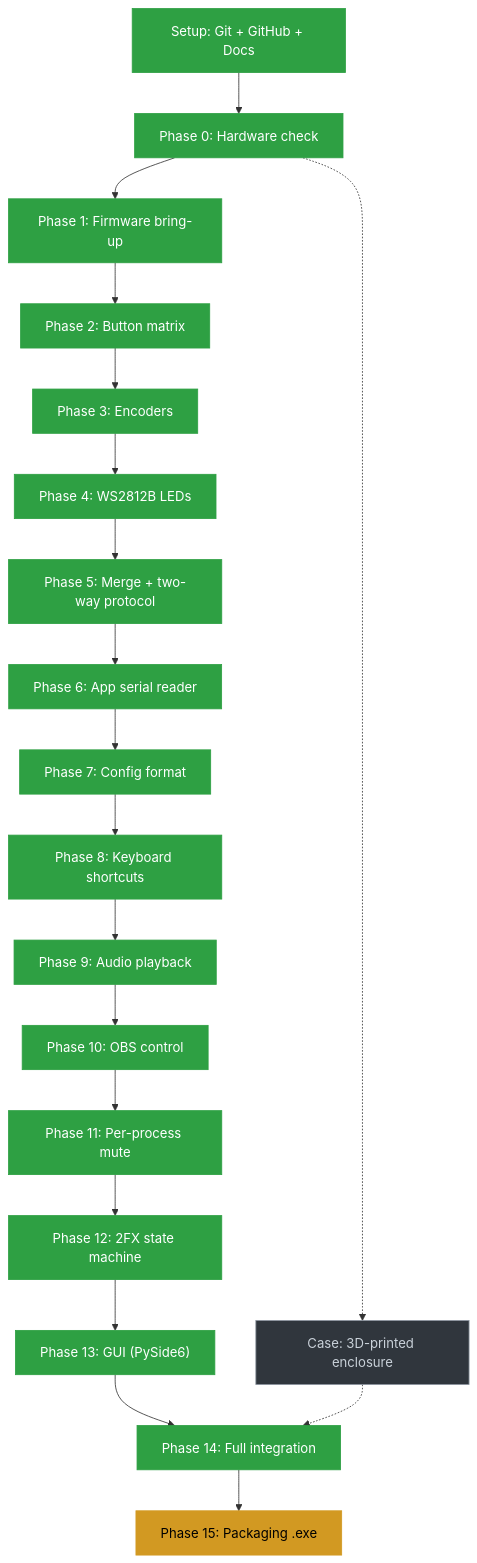
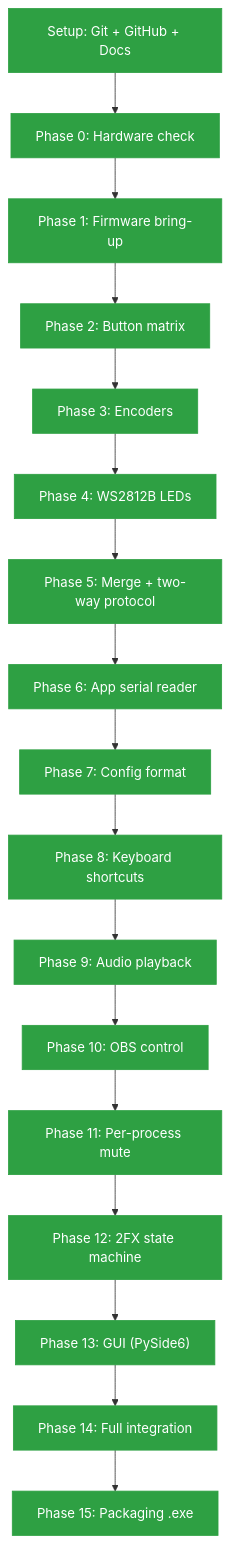
One commit to NeoCraftStudio/stream-deck-macro changed the diagram in README.md. Above: the diagram before and after it, drawn with Mermaid. The commit also changed other lines of this file and 2 other files, not shown here.

First line of the commit message:
Point to the marketplace for the case instead of shipping it

````diff
--- a/README.md
+++ b/README.md
@@ -20,25 +31,21 @@
 ```mermaid
 flowchart TD
     S["Setup: Git + GitHub + Docs"]:::done --> P0["Phase 0: Hardware check"]:::done
     P0 --> P1["Phase 1: Firmware bring-up"]:::done
     P1 --> P2["Phase 2: Button matrix"]:::done
     P2 --> P3["Phase 3: Encoders"]:::done
     P3 --> P4["Phase 4: WS2812B LEDs"]:::done
     P4 --> P5["Phase 5: Merge + two-way protocol"]:::done
     P5 --> P6["Phase 6: App serial reader"]:::done
     P6 --> P7["Phase 7: Config format"]:::done
     P7 --> P8["Phase 8: Keyboard shortcuts"]:::done
     P8 --> P9["Phase 9: Audio playback"]:::done
     P9 --> P10["Phase 10: OBS control"]:::done
     P10 --> P11["Phase 11: Per-process mute"]:::done
     P11 --> P12["Phase 12: 2FX state machine"]:::done
     P12 --> P13["Phase 13: GUI (PySide6)"]:::done
     P13 --> P14["Phase 14: Full integration"]:::done
-    P14 --> P15["Phase 15: Packaging .exe"]:::current
-    P0 -.-> C["Case: 3D-printed enclosure"]:::todo
-    C -.-> P14
+    P14 --> P15["Phase 15: Packaging .exe"]:::done
 
     classDef done fill:#2ea043,stroke:#2ea043,color:#fff
-    classDef current fill:#d29922,stroke:#d29922,color:#000
-    classDef todo fill:#30363d,stroke:#8b949e,color:#c9d1d9
 ```
````
